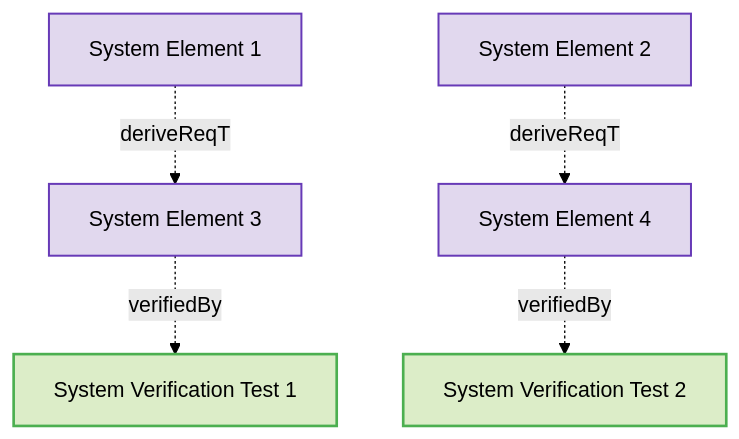
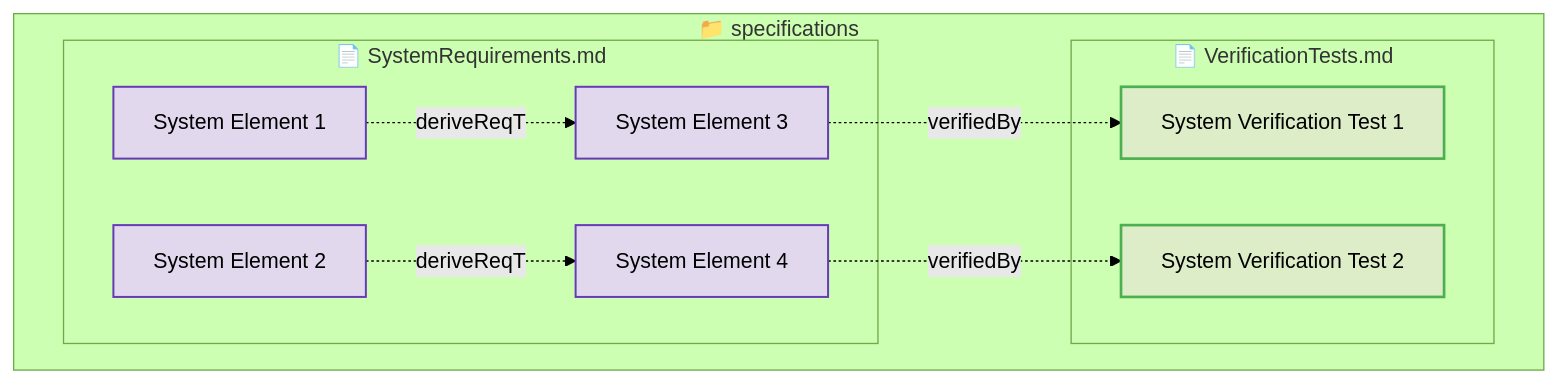
One commit to reqvire-org/reqvire changed the diagram in tests/test-diagram-generation/expected/SystemRequirements.md. Above: the diagram before and after it, drawn with Mermaid (forest theme). The commit also changed 16 other files, not shown here.

First line of the commit message:
Add containment structure to all mermaid diagrams

````diff
--- a/tests/test-diagram-generation/expected/SystemRequirements.md
+++ b/tests/test-diagram-generation/expected/SystemRequirements.md
@@ -3,32 +3,40 @@
 ```mermaid
 graph TD;
   %% REQVIRE-AUTOGENERATED-DIAGRAM
   %% Graph styling
   classDef userRequirement fill:#D1C4E9,stroke:#7E57C2,stroke-width:2px;
   classDef systemRequirement fill:#E1D8EE,stroke:#673AB7,stroke-width:1.5px;
   classDef verification fill:#DCEDC8,stroke:#4CAF50,stroke-width:2px;
+  classDef folder fill:#FAFAFA,stroke:#9E9E9E,stroke-width:3px;
+  classDef file fill:#FFF8E1,stroke:#FFCA28,stroke-width:2px;
   classDef default fill:#F5F5F5,stroke:#424242,stroke-width:1.5px;
 
-  7f2b10e005eeec75["System Element 1"];
-  class 7f2b10e005eeec75 systemRequirement;
-  click 7f2b10e005eeec75 "SystemRequirements.md#system-element-1";
-  2224944e5433019f["System Element 3"];
-  class 2224944e5433019f systemRequirement;
-  click 2224944e5433019f "SystemRequirements.md#system-element-3";
+  subgraph b4c308bac4df6d65["📁 specifications"]
+    subgraph d76ffb0335b04f31["📄 SystemRequirements.md"]
+      7f2b10e005eeec75["System Element 1"];
+      class 7f2b10e005eeec75 systemRequirement;
+      click 7f2b10e005eeec75 "SystemRequirements.md#system-element-1";
+      d0a7d2972d10f70a["System Element 2"];
+      class d0a7d2972d10f70a systemRequirement;
+      click d0a7d2972d10f70a "SystemRequirements.md#system-element-2";
+      2224944e5433019f["System Element 3"];
+      class 2224944e5433019f systemRequirement;
+      click 2224944e5433019f "SystemRequirements.md#system-element-3";
+      73a156057b550c34["System Element 4"];
+      class 73a156057b550c34 systemRequirement;
+      click 73a156057b550c34 "SystemRequirements.md#system-element-4";
+    end
+    subgraph e020853b49324636["📄 VerificationTests.md"]
+      73e63ed391cfc4bf["System Verification Test 1"];
+      class 73e63ed391cfc4bf verification;
+      click 73e63ed391cfc4bf "VerificationTests.md#system-verification-test-1";
+      f0a7f5fab3da59bf["System Verification Test 2"];
+      class f0a7f5fab3da59bf verification;
+      click f0a7f5fab3da59bf "VerificationTests.md#system-verification-test-2";
+    end
+  end
   7f2b10e005eeec75 -.->|deriveReqT| 2224944e5433019f;
-  d0a7d2972d10f70a["System Element 2"];
-  class d0a7d2972d10f70a systemRequirement;
-  click d0a7d2972d10f70a "SystemRequirements.md#system-element-2";
-  73a156057b550c34["System Element 4"];
-  class 73a156057b550c34 systemRequirement;
-  click 73a156057b550c34 "SystemRequirements.md#system-element-4";
   d0a7d2972d10f70a -.->|deriveReqT| 73a156057b550c34;
-  73e63ed391cfc4bf["System Verification Test 1"];
-  class 73e63ed391cfc4bf verification;
-  click 73e63ed391cfc4bf "VerificationTests.md#system-verification-test-1";
   2224944e5433019f -.->|verifiedBy| 73e63ed391cfc4bf;
-  f0a7f5fab3da59bf["System Verification Test 2"];
-  class f0a7f5fab3da59bf verification;
-  click f0a7f5fab3da59bf "VerificationTests.md#system-verification-test-2";
   73a156057b550c34 -.->|verifiedBy| f0a7f5fab3da59bf;
 ```
````
